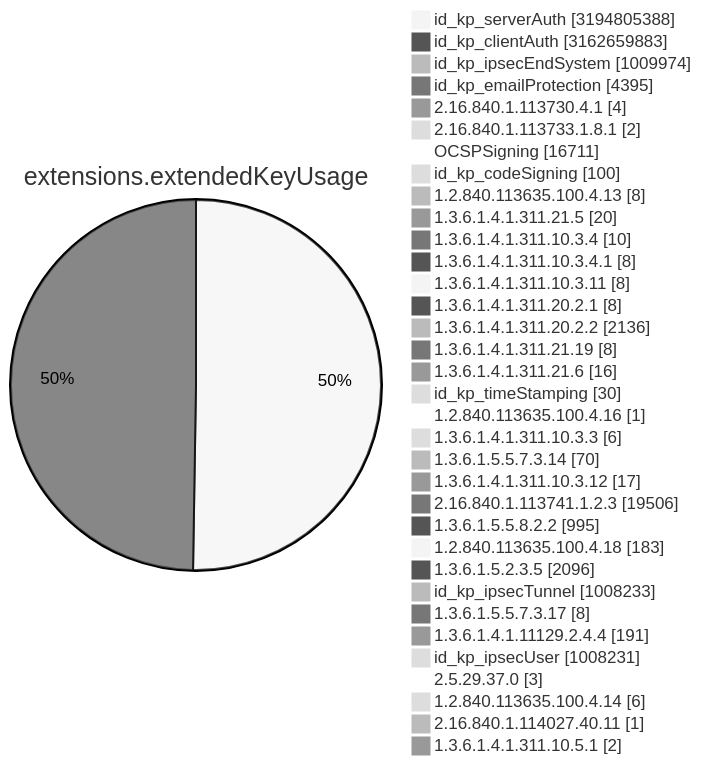
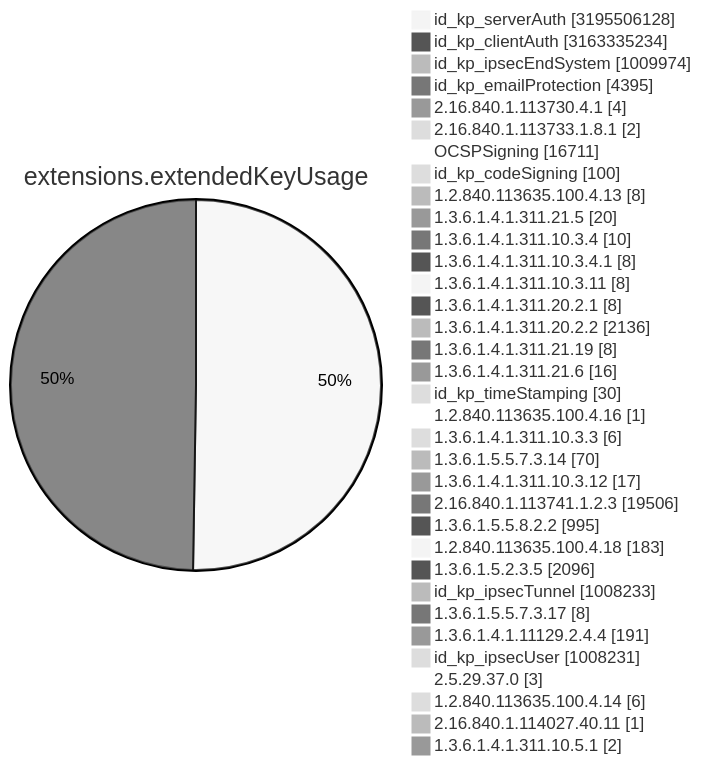
Before and after one commit to christiankrug/ctmonitor_visualization: diagram 11 of 15 in TOTAL/README.md, drawn with Mermaid (neutral theme). The commit also changed other lines of this file, not shown here.

````diff
--- a/TOTAL/README.md
+++ b/TOTAL/README.md
@@ -4119,38 +4119,38 @@
 ```mermaid
 pie showData
 title extensions.extendedKeyUsage
-"id_kp_serverAuth" :3194805388
-"id_kp_clientAuth" :3162659883
+"id_kp_serverAuth" :3195506128
+"id_kp_clientAuth" :3163335234
 "id_kp_ipsecEndSystem" :1009974
 "id_kp_emailProtection" :4395
 "2.16.840.1.113730.4.1" :4
 "2.16.840.1.113733.1.8.1" :2
 "OCSPSigning" :16711
 "id_kp_codeSigning" :100
 "1.2.840.113635.100.4.13" :8
 "1.3.6.1.4.1.311.21.5" :20
 "1.3.6.1.4.1.311.10.3.4" :10
 "1.3.6.1.4.1.311.10.3.4.1" :8
 "1.3.6.1.4.1.311.10.3.11" :8
 "1.3.6.1.4.1.311.20.2.1" :8
 "1.3.6.1.4.1.311.20.2.2" :2136
 "1.3.6.1.4.1.311.21.19" :8
 "1.3.6.1.4.1.311.21.6" :16
 "id_kp_timeStamping" :30
 "1.2.840.113635.100.4.16" :1
 "1.3.6.1.4.1.311.10.3.3" :6
 "1.3.6.1.5.5.7.3.14" :70
 "1.3.6.1.4.1.311.10.3.12" :17
 "2.16.840.1.113741.1.2.3" :19506
 "1.3.6.1.5.5.8.2.2" :995
 "1.2.840.113635.100.4.18" :183
 "1.3.6.1.5.2.3.5" :2096
 "id_kp_ipsecTunnel" :1008233
 "1.3.6.1.5.5.7.3.17" :8
 "1.3.6.1.4.1.11129.2.4.4" :191
 "id_kp_ipsecUser" :1008231
 "2.5.29.37.0" :3
 "1.2.840.113635.100.4.14" :6
 "2.16.840.1.114027.40.11" :1
 "1.3.6.1.4.1.311.10.5.1" :2
 ```
````
